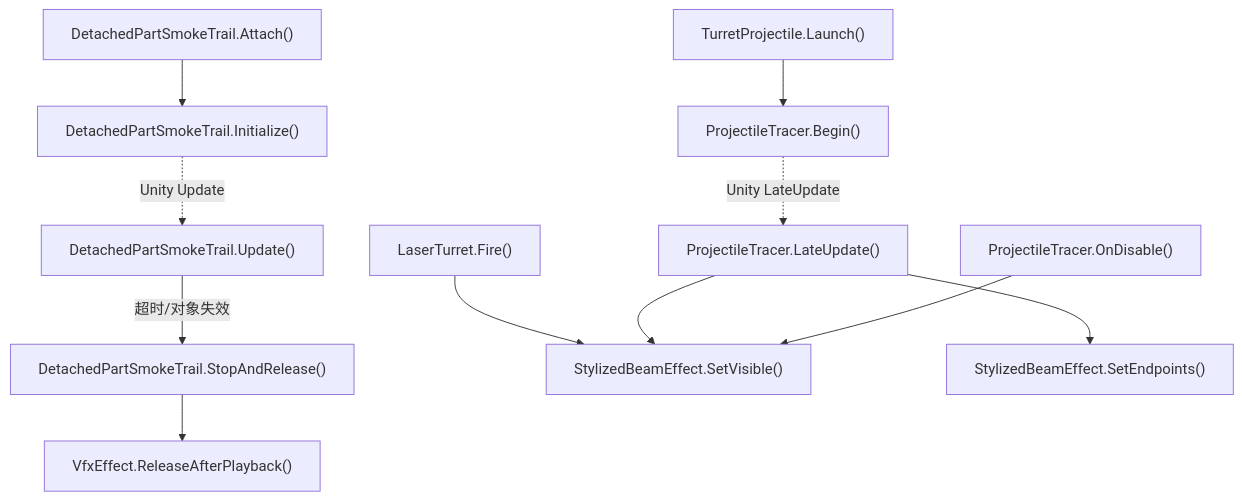
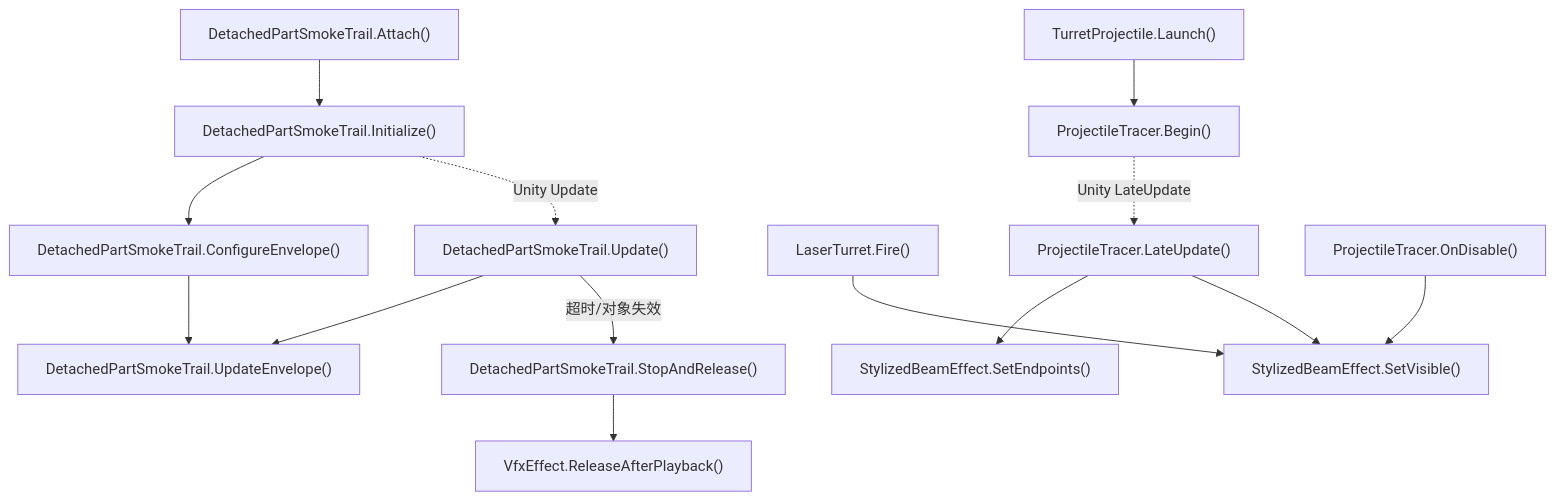
One commit to kukudia/HY-Sandbox changed the first of 50 diagrams in Docs/RuntimeFlow.md. Above: the diagram before and after it, drawn with Mermaid. The commit also changed other lines of this file and 19 other files, not shown here.

````diff
--- a/Docs/RuntimeFlow.md
+++ b/Docs/RuntimeFlow.md
@@ -13,37 +13,44 @@
 ```mermaid
 flowchart TD
     A["DetachedPartSmokeTrail.Attach()"]
-    click A "../Assets/Scripts/Features/Presentation/Effects/DetachedPartSmokeTrail.cs#L33" "打开源码"
+    click A "../Assets/Scripts/Features/Presentation/Effects/DetachedPartSmokeTrail.cs#L40" "打开源码"
     B["DetachedPartSmokeTrail.Initialize()"]
-    click B "../Assets/Scripts/Features/Presentation/Effects/DetachedPartSmokeTrail.cs#L58" "打开源码"
+    click B "../Assets/Scripts/Features/Presentation/Effects/DetachedPartSmokeTrail.cs#L65" "打开源码"
     C["DetachedPartSmokeTrail.Update()"]
-    click C "../Assets/Scripts/Features/Presentation/Effects/DetachedPartSmokeTrail.cs#L90" "打开源码"
+    click C "../Assets/Scripts/Features/Presentation/Effects/DetachedPartSmokeTrail.cs#L144" "打开源码"
     D["DetachedPartSmokeTrail.StopAndRelease()"]
-    click D "../Assets/Scripts/Features/Presentation/Effects/DetachedPartSmokeTrail.cs#L126" "打开源码"
+    click D "../Assets/Scripts/Features/Presentation/Effects/DetachedPartSmokeTrail.cs#L181" "打开源码"
+    M["DetachedPartSmokeTrail.ConfigureEnvelope()"]
+    click M "../Assets/Scripts/Features/Presentation/Effects/DetachedPartSmokeTrail.cs#L86" "打开源码"
+    N["DetachedPartSmokeTrail.UpdateEnvelope()"]
+    click N "../Assets/Scripts/Features/Presentation/Effects/DetachedPartSmokeTrail.cs#L116" "打开源码"
     E["VfxEffect.ReleaseAfterPlayback()"]
     click E "../Assets/Scripts/Features/Presentation/Effects/VfxEffect.cs#L223" "打开源码"
     F["LaserTurret.Fire()"]
     click F "../Assets/Scripts/Features/Combat/Turrets/LaserTurret.cs#L39" "打开源码"
     G["StylizedBeamEffect.SetVisible()"]
     click G "../Assets/Scripts/Features/Presentation/Effects/StylizedBeamEffect.cs#L54" "打开源码"
     H["TurretProjectile.Launch()"]
     click H "../Assets/Scripts/Features/Combat/Turrets/Projectiles/TurretProjectile.cs#L65" "打开源码"
     I["ProjectileTracer.Begin()"]
     click I "../Assets/Scripts/Features/Combat/Turrets/Projectiles/ProjectileTracer.cs#L21" "打开源码"
     J["ProjectileTracer.LateUpdate()"]
     click J "../Assets/Scripts/Features/Combat/Turrets/Projectiles/ProjectileTracer.cs#L43" "打开源码"
     K["StylizedBeamEffect.SetEndpoints()"]
     click K "../Assets/Scripts/Features/Presentation/Effects/StylizedBeamEffect.cs#L29" "打开源码"
     L["ProjectileTracer.OnDisable()"]
     click L "../Assets/Scripts/Features/Combat/Turrets/Projectiles/ProjectileTracer.cs#L72" "打开源码"
     A --> B
+    B --> M
+    M --> N
+    C --> N
     B -.->|Unity Update| C
     C -->|超时/对象失效| D
     D --> E
     F --> G
     H --> I
     I -.->|Unity LateUpdate| J
     J --> K
     J --> G
     L --> G
 ```
````
